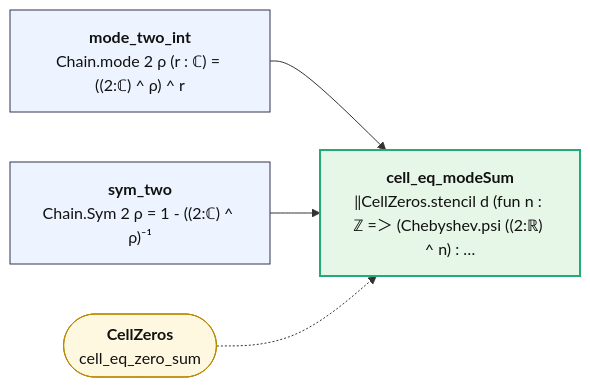
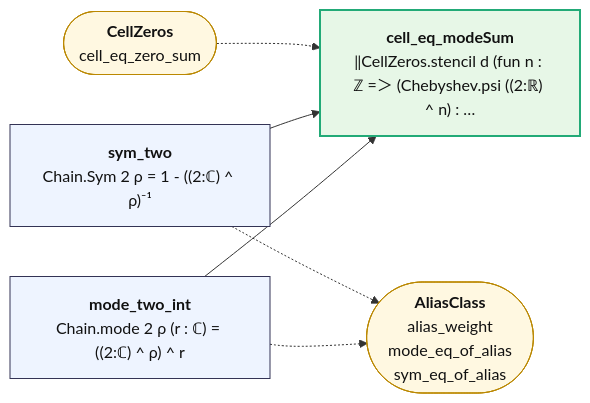
Before and after one commit to juliansambranojr/Primebeat_081426: the diagram in map/lean_stage3/CellModes.mmd, drawn with Mermaid. The commit also changed 10 other files, not shown here.

```diff
--- a/map/lean_stage3/CellModes.mmd
+++ b/map/lean_stage3/CellModes.mmd
@@ -1,13 +1,16 @@
 flowchart LR
   n0["<b>mode_two_int</b><br/>Chain.mode 2 ρ (r : ℂ) = ((2:ℂ) ^ ρ) ^ r"]:::thm
   n1["<b>sym_two</b><br/>Chain.Sym 2 ρ = 1 - ((2:ℂ) ^ ρ)⁻¹"]:::thm
   n2["<b>cell_eq_modeSum</b><br/>‖CellZeros.stencil d (fun n : ℤ =＞ (Chebyshev.psi ((2:ℝ) ^ n) : …"]:::end_
-  x0(["<b>CellZeros</b><br/>cell_eq_zero_sum"]):::ext
+  x0(["<b>AliasClass</b><br/>alias_weight<br/>mode_eq_of_alias<br/>sym_eq_of_alias"]):::ext
+  x1(["<b>CellZeros</b><br/>cell_eq_zero_sum"]):::ext
   n0 --> n2
   n1 --> n2
-  x0 -.-> n2
+  n0 -.-> x0
+  n1 -.-> x0
+  x1 -.-> n2
   classDef thm fill:#eef4ff,stroke:#335,color:#111
   classDef end_ fill:#e7f7e7,stroke:#2a7,color:#111,stroke-width:2px
   classDef lone fill:#fff,stroke:#999,color:#111,stroke-dasharray:4 3
   classDef bad fill:#ffe5e5,stroke:#c22,color:#111,stroke-width:2px
   classDef ext fill:#fff8e1,stroke:#b80,color:#111
```
